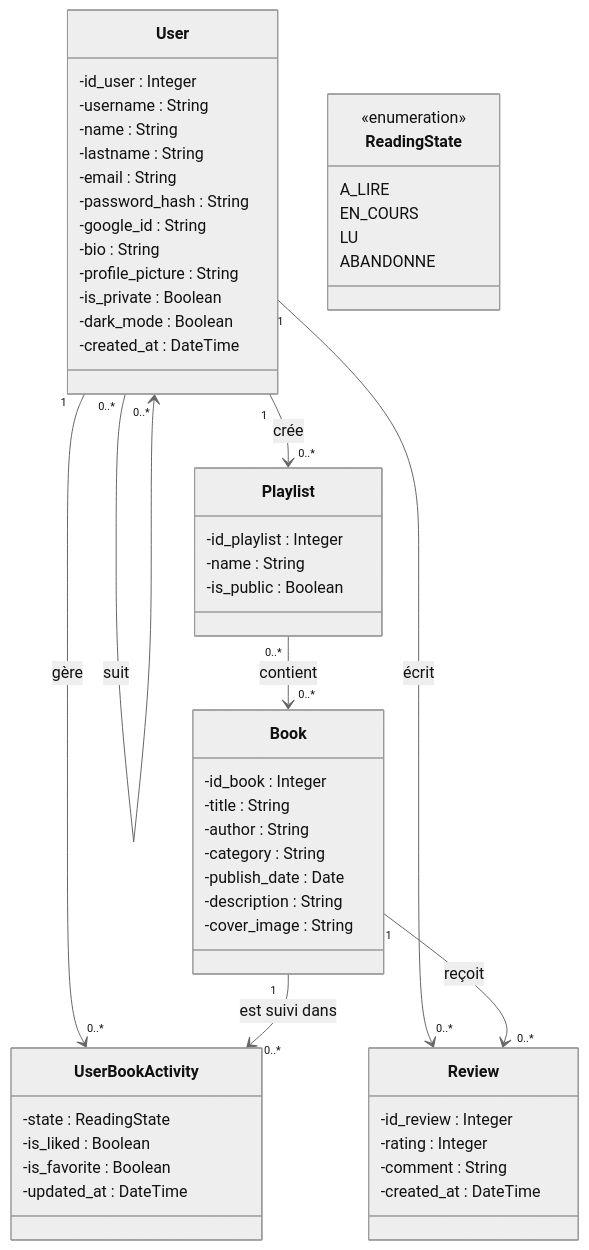
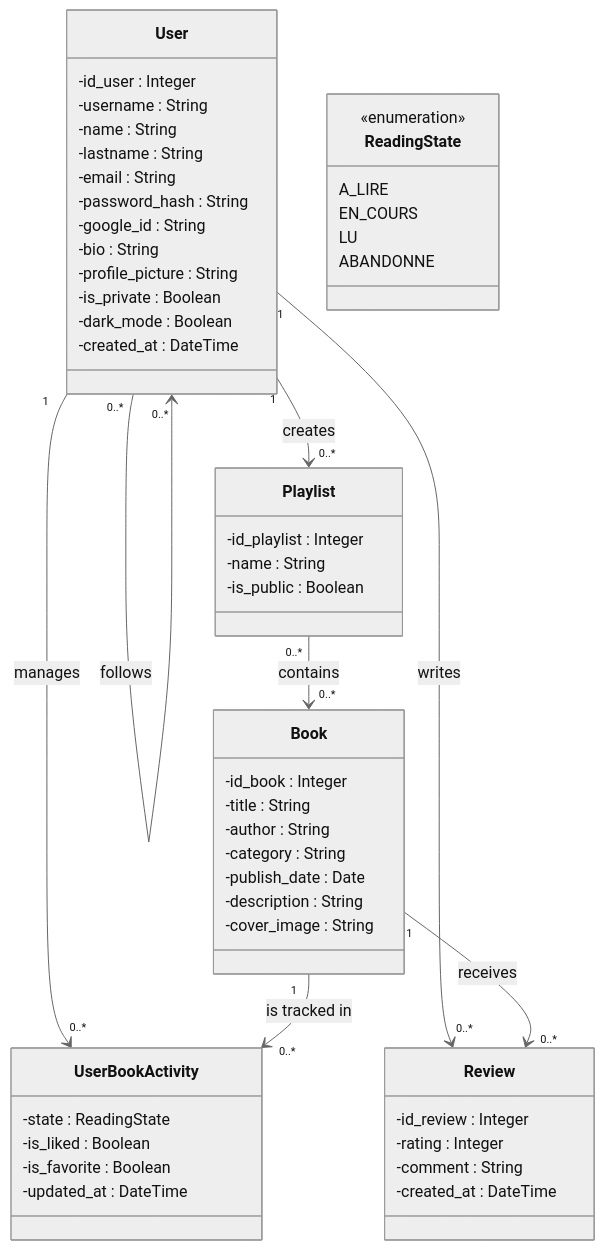
The diagram in doc/class_diagram.md (kevinbrgl/ensai-it-project-2a-team-27-), drawn with Mermaid before and after one commit.

Commit message:
fixed language issues in class diagram

````diff
--- a/doc/class_diagram.md
+++ b/doc/class_diagram.md
@@ -3,70 +3,70 @@
 ```mermaid
 %%{init: {'theme': 'neutral'}}%%
 classDiagram
     direction TB
 
     class User {
         -id_user : Integer
         -username : String
         -name : String
         -lastname : String
         -email : String
         -password_hash : String
         -google_id : String
         -bio : String
         -profile_picture : String
         -is_private : Boolean
         -dark_mode : Boolean
         -created_at : DateTime
     }
 
     class Book {
         -id_book : Integer
         -title : String
         -author : String
         -category : String
         -publish_date : Date
         -description : String
         -cover_image : String
     }
 
     class ReadingState {
         <<enumeration>>
         A_LIRE
         EN_COURS
         LU
         ABANDONNE
     }
 
     class UserBookActivity {
         -state : ReadingState
         -is_liked : Boolean
         -is_favorite : Boolean
         -updated_at : DateTime
     }
 
     class Review {
         -id_review : Integer
         -rating : Integer
         -comment : String
         -created_at : DateTime
     }
 
     class Playlist {
         -id_playlist : Integer
         -name : String
         -is_public : Boolean
     }
 
     %% Relations
-    User "1" --> "0..*" UserBookActivity : gère
-    Book "1" --> "0..*" UserBookActivity : est suivi dans
+    User "1" --> "0..*" UserBookActivity : manages
+    Book "1" --> "0..*" UserBookActivity : is tracked in
     
-    User "1" --> "0..*" Review : écrit
-    Book "1" --> "0..*" Review : reçoit
+    User "1" --> "0..*" Review : writes
+    Book "1" --> "0..*" Review : receives
     
-    User "1" --> "0..*" Playlist : crée
-    Playlist "0..*" --> "0..*" Book : contient
+    User "1" --> "0..*" Playlist : creates
+    Playlist "0..*" --> "0..*" Book : contains
     
-    User "0..*" --> "0..*" User : suit
+    User "0..*" --> "0..*" User : follows
 ```
````
